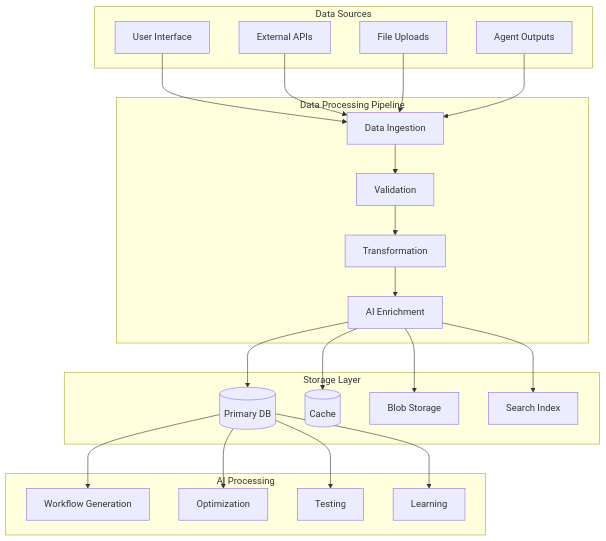
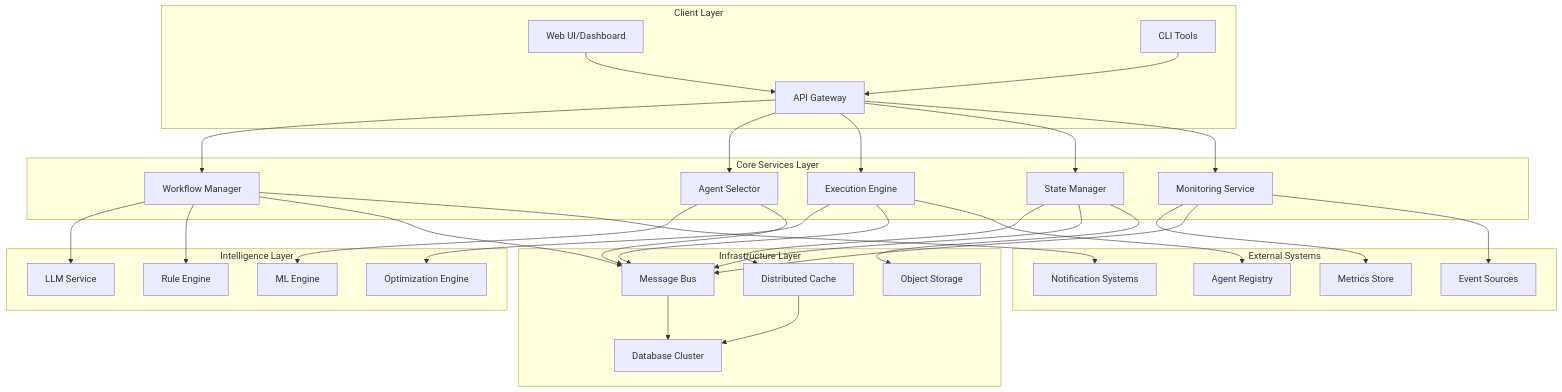
The first of 4 diagrams in abc/readme.md (lkiitkgp/new-repo), drawn with Mermaid before and after one commit. The commit also changed other lines of this file, not shown here.

````diff
--- a/abc/readme.md
+++ b/abc/readme.md
@@ -1211,49 +41,66 @@
 ```mermaid
 graph TB
-    subgraph "Data Sources"
-        UI[User Interface]
-        API[External APIs]
-        FILES[File Uploads]
-        AGENTS[Agent Outputs]
+    subgraph "Client Layer"
+        UI[Web UI/Dashboard]
+        API_GW[API Gateway]
+        CLI[CLI Tools]
     end
-    
-    subgraph "Data Processing Pipeline"
-        INGEST[Data Ingestion]
-        VALIDATE[Validation]
-        TRANSFORM[Transformation]
-        ENRICH[AI Enrichment]
+
+    subgraph "Core Services Layer"
+        WF_MGR[Workflow Manager]
+        AGENT_SEL[Agent Selector]
+        EXEC_ENG[Execution Engine]
+        STATE_MGR[State Manager]
+        MON_SVC[Monitoring Service]
     end
-    
-    subgraph "Storage Layer"
-        PRIMARY[(Primary DB)]
-        CACHE[(Cache)]
-        BLOB[Blob Storage]
-        SEARCH[Search Index]
+
+    subgraph "Intelligence Layer"
+        LLM_SVC[LLM Service]
+        ML_ENG[ML Engine]
+        RULE_ENG[Rule Engine]
+        OPT_ENG[Optimization Engine]
     end
-    
-    subgraph "AI Processing"
-        GENERATE[Workflow Generation]
-        OPTIMIZE[Optimization]
-        TEST[Testing]
-        LEARN[Learning]
+
+    subgraph "Infrastructure Layer"
+        MSG_BUS[Message Bus]
+        CACHE[Distributed Cache]
+        DB_CLUSTER[Database Cluster]
+        STORAGE[Object Storage]
     end
-    
-    UI --> INGEST
-    API --> INGEST
-    FILES --> INGEST
-    AGENTS --> INGEST
-    
-    INGEST --> VALIDATE
-    VALIDATE --> TRANSFORM
-    TRANSFORM --> ENRICH
-    
-    ENRICH --> PRIMARY
-    ENRICH --> CACHE
-    ENRICH --> BLOB
-    ENRICH --> SEARCH
-    
-    PRIMARY --> GENERATE
-    PRIMARY --> OPTIMIZE
-    PRIMARY --> TEST
-    PRIMARY --> LEARN
+
+    subgraph "External Systems"
+        AGENTS[Agent Registry]
+        EVENTS[Event Sources]
+        NOTIF[Notification Systems]
+        METRICS[Metrics Store]
+    end
+
+    UI --> API_GW
+    CLI --> API_GW
+    API_GW --> WF_MGR
+    API_GW --> AGENT_SEL
+    API_GW --> EXEC_ENG
+    API_GW --> STATE_MGR
+    API_GW --> MON_SVC
+
+    WF_MGR --> LLM_SVC
+    WF_MGR --> RULE_ENG
+    AGENT_SEL --> ML_ENG
+    EXEC_ENG --> OPT_ENG
+    STATE_MGR --> CACHE
+    MON_SVC --> METRICS
+
+    WF_MGR --> MSG_BUS
+    AGENT_SEL --> MSG_BUS
+    EXEC_ENG --> MSG_BUS
+    STATE_MGR --> MSG_BUS
+    MON_SVC --> MSG_BUS
+
+    MSG_BUS --> DB_CLUSTER
+    CACHE --> DB_CLUSTER
+    STATE_MGR --> STORAGE
+
+    EXEC_ENG --> AGENTS
+    MON_SVC --> EVENTS
+    WF_MGR --> NOTIF
 ```
````
